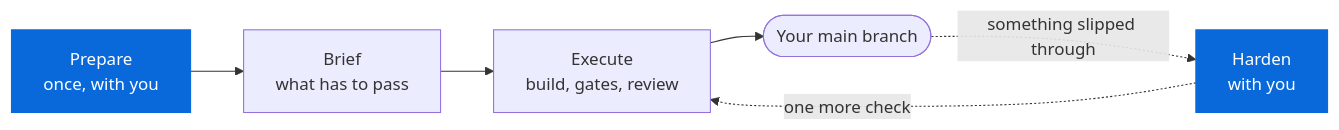
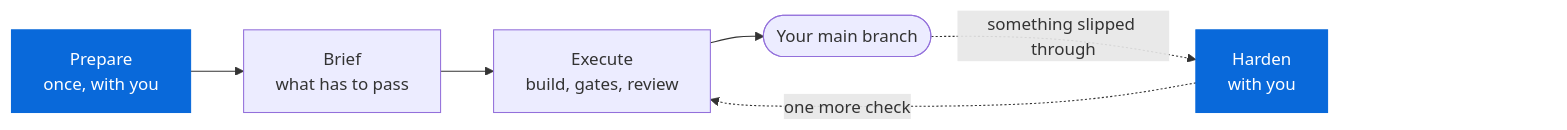
One commit to MarsGotta/gdd changed the first of 4 diagrams in skills/README.md. Above: the diagram before and after it, drawn with Mermaid. The commit also changed other lines of this file and 1 other file, not shown here.

First line of the commit message:
Keep the diagrams clear of GitHub's zoom buttons

````diff
--- a/skills/README.md
+++ b/skills/README.md
@@ -12,15 +12,19 @@
 ```mermaid
 flowchart LR
     accTitle: The four moments of GDD
     accDescr: Prepare happens once, with you. Every change goes through Brief and Execute before it reaches your main branch. When something slips through, Harden adds one more check, which every later change has to pass.
     P["Prepare<br/>once, with you"]
     B["Brief<br/>what has to pass"]
     E["Execute<br/>build, gates, review"]
     M(["Your main branch"])
     H["Harden<br/>with you"]
     P --> B --> E --> M
     M -. "something slipped through" .-> H
     H -. "one more check" .-> E
+    %% An empty node keeps the right side free: GitHub draws its zoom buttons there
+    H ~~~ Z["zoom buttons"]
     classDef you fill:#0969da,stroke:#0969da,color:#ffffff
+    classDef room fill:none,stroke:none,color:transparent
     class P,H you
+    class Z room
 ```
````
